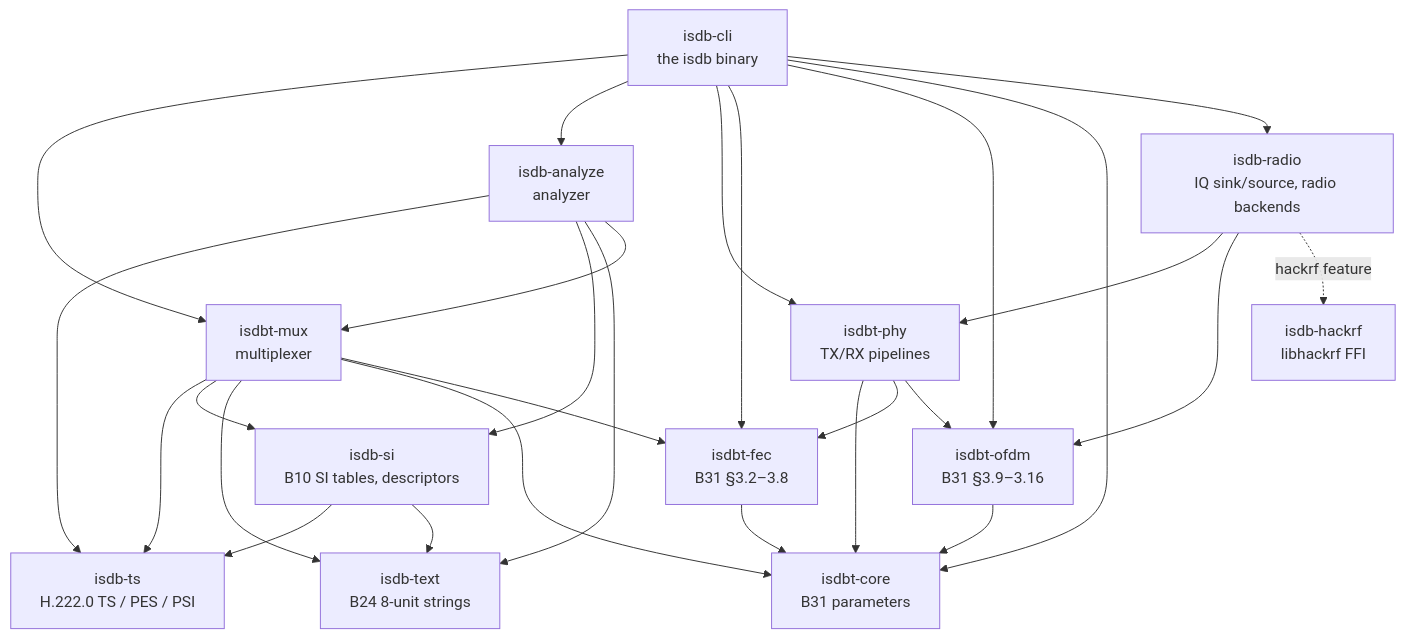
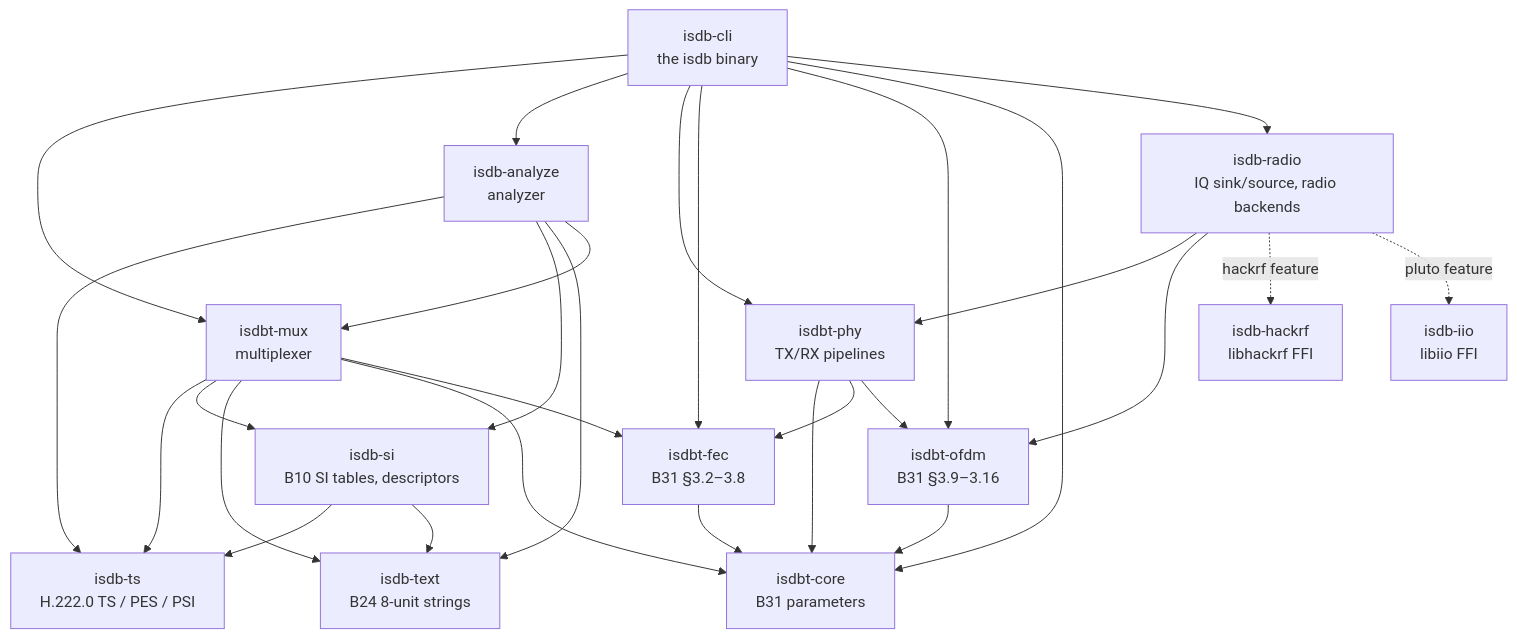
One commit to a1678991/isdb-rs changed the diagram in docs/architecture.md. Above: the diagram before and after it, drawn with Mermaid. The commit also changed other lines of this file and 33 other files, not shown here.

````diff
--- a/docs/architecture.md
+++ b/docs/architecture.md
@@ -39,42 +39,44 @@
 ```mermaid
 graph TD
   ts[isdb-ts<br/>H.222.0 TS / PES / PSI]
   text[isdb-text<br/>B24 8-unit strings]
   si[isdb-si<br/>B10 SI tables, descriptors]
   core[isdbt-core<br/>B31 parameters]
   fec[isdbt-fec<br/>B31 §3.2–3.8]
   ofdm[isdbt-ofdm<br/>B31 §3.9–3.16]
   phy[isdbt-phy<br/>TX/RX pipelines]
   mux[isdbt-mux<br/>multiplexer]
   ana[isdb-analyze<br/>analyzer]
   radio[isdb-radio<br/>IQ sink/source, radio backends]
   hrf[isdb-hackrf<br/>libhackrf FFI]
+  iio[isdb-iio<br/>libiio FFI]
   cli[isdb-cli<br/>the isdb binary]
 
   si --> ts
   si --> text
   mux --> ts
   mux --> si
   mux --> text
   mux --> core
   mux --> fec
   ana --> ts
   ana --> si
   ana --> text
   ana --> mux
   fec --> core
   ofdm --> core
   phy --> core
   phy --> fec
   phy --> ofdm
   radio --> phy
   radio --> ofdm
   radio -. "hackrf feature" .-> hrf
+  radio -. "pluto feature" .-> iio
   cli --> mux
   cli --> ana
   cli --> phy
   cli --> fec
   cli --> ofdm
   cli --> core
   cli --> radio
 ```
````
